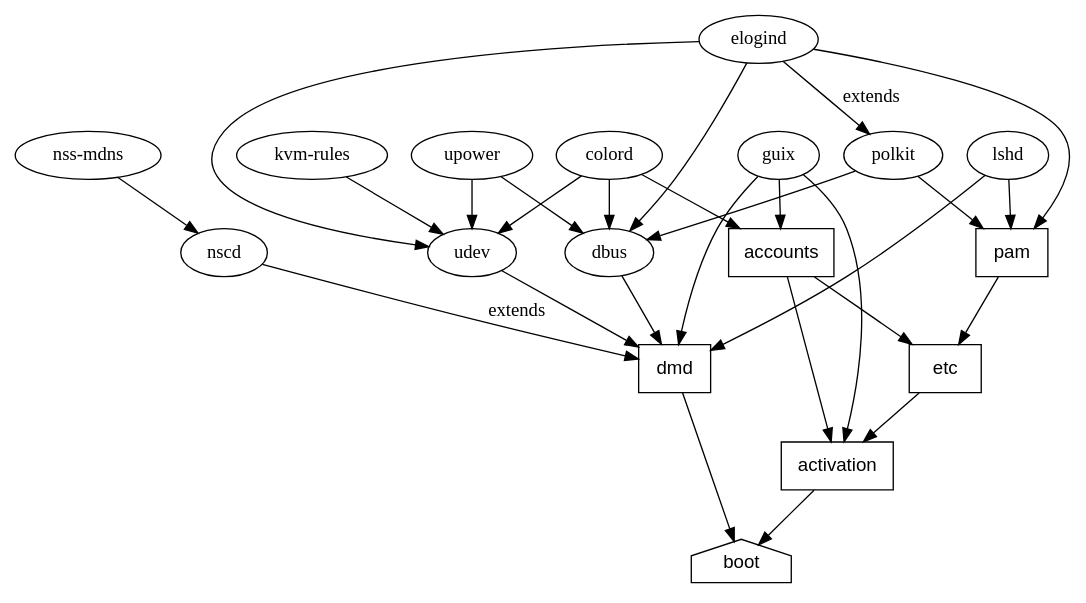
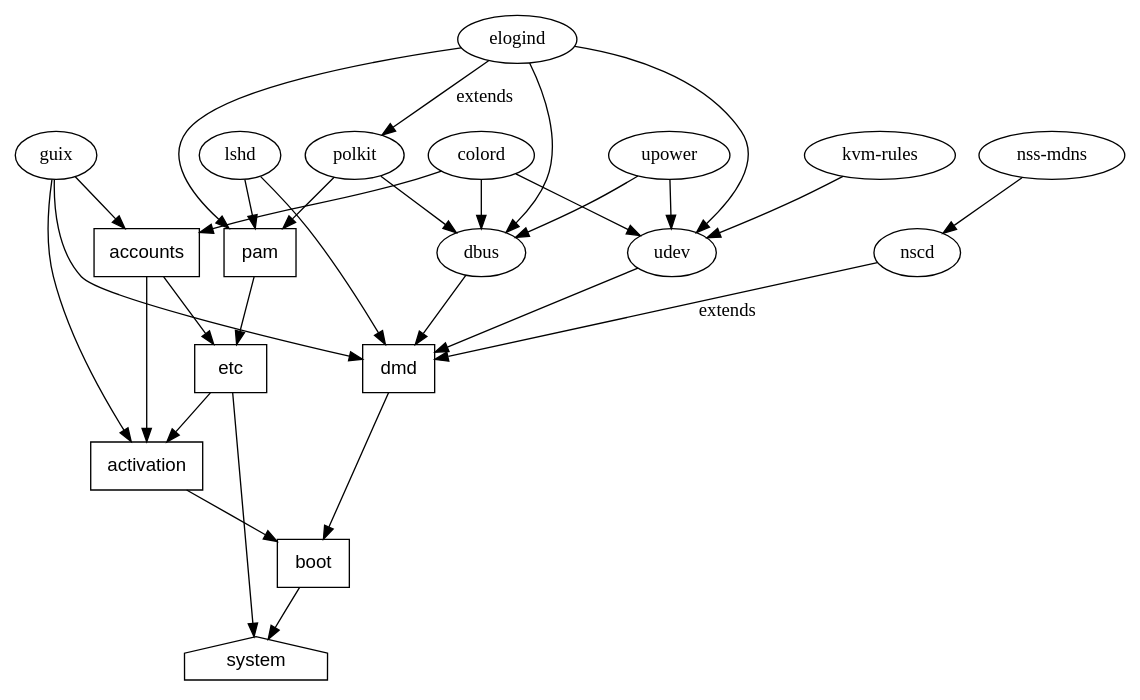
One commit to guix-mirror/guix changed the diagram in doc/images/service-graph.dot. Above: the diagram before and after it, drawn with Graphviz. The commit also changed 5 other files, not shown here.

```diff
--- a/doc/images/service-graph.dot
+++ b/doc/images/service-graph.dot
@@ -1,35 +1,38 @@
 digraph "Service Type Dependencies" {
   dmd [shape = box, fontname = Helvetica];
   pam [shape = box, fontname = Helvetica];
   etc [shape = box, fontname = Helvetica];
   accounts [shape = box, fontname = Helvetica];
   activation [shape = box, fontname = Helvetica];
-  boot [shape = house, fontname = Helvetica];
+  boot [shape = box, fontname = Helvetica];
+  system [shape = house, fontname = Helvetica];
   lshd -> dmd;
   lshd -> pam;
   udev -> dmd;
   nscd -> dmd [label = "extends"];
   "nss-mdns" -> nscd;
   "kvm-rules" -> udev;
   colord -> udev;
   dbus -> dmd;
   colord -> dbus;
   upower -> udev;
   upower -> dbus;
   polkit -> dbus;
   polkit -> pam;
   elogind -> dbus;
   elogind -> udev;
   elogind -> polkit [label = "extends"];
   dmd -> boot;
   colord -> accounts;
   accounts -> activation;
   accounts -> etc;
   etc -> activation;
   activation -> boot;
   pam -> etc;
   elogind -> pam;
   guix -> dmd;
   guix -> activation;
   guix -> accounts;
+  boot -> system;
+  etc -> system;
 }
```
